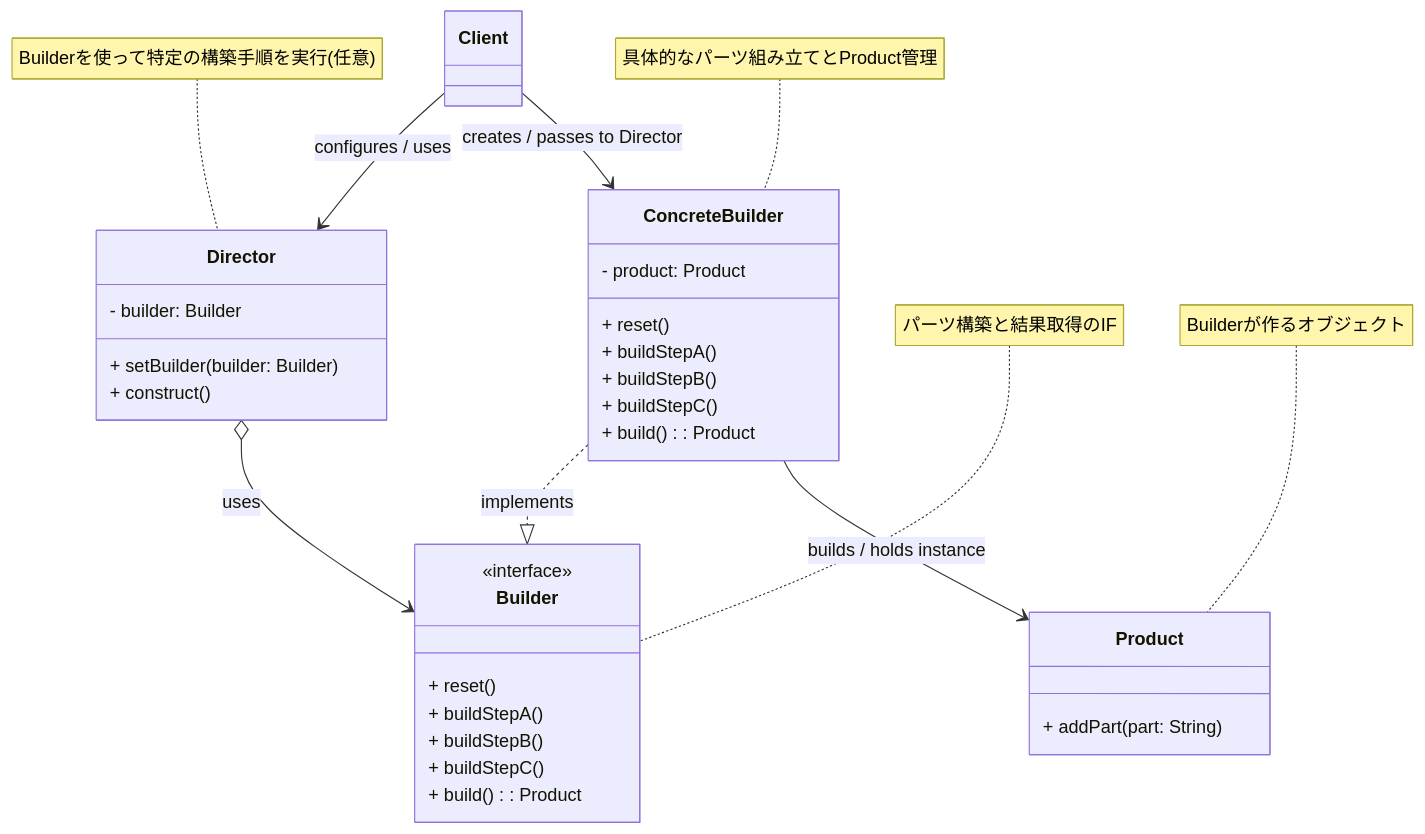
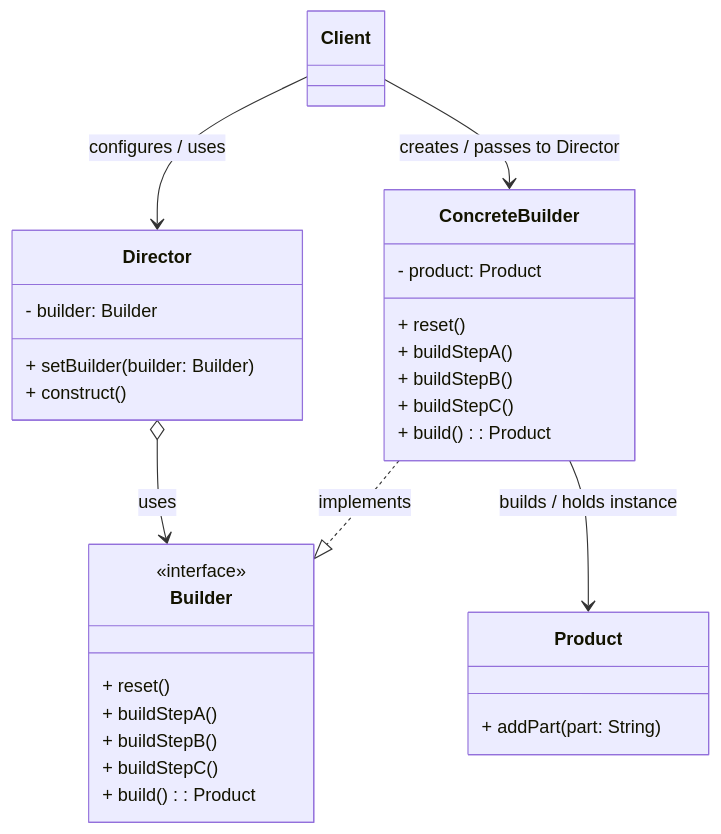
The diagram in ソフトウェア開発/デザインパターン/デザインパターン詳細解説：Builderパターン.md (IkuseTohki/EducationalMaterials), drawn with Mermaid before and after one commit. The commit also changed other lines of this file and 1 other file, not shown here.

````diff
--- a/ソフトウェア開発/デザインパターン/デザインパターン詳細解説：Builderパターン.md
+++ b/ソフトウェア開発/デザインパターン/デザインパターン詳細解説：Builderパターン.md
@@ -129,42 +129,41 @@
 ```mermaid
 classDiagram
     class Client
+    %% Builderを使って特定の構築手順を実行(任意)
     class Director {
         - builder: Builder
         + setBuilder(builder: Builder)
         %% Calls builder's build methods in a specific order
         + construct()
     }
+    %% パーツ構築と結果取得のIF
     class Builder {
         <<interface>>
         %% Optional: Reset the builder state
         + reset()
         + buildStepA()
         + buildStepB()
         + buildStepC()
         + build(): Product
     }
+    %% 具体的なパーツ組み立てとProduct管理
     class ConcreteBuilder {
         - product: Product
         + reset()
         + buildStepA()
         + buildStepB()
         + buildStepC()
         + build(): Product
     }
+    %% Builderが作るオブジェクト
     class Product {
         %% Complex object with multiple parts
         + addPart(part: String)
     }
 
     Client --> Director : configures / uses
     Client --> ConcreteBuilder : creates / passes to Director
     Director o--> Builder : uses
     ConcreteBuilder ..|> Builder : implements
     ConcreteBuilder --> Product : builds / holds instance
-
-    note for Builder "パーツ構築と結果取得のIF"
-    note for Product "Builderが作るオブジェクト"
-    note for ConcreteBuilder "具体的なパーツ組み立てとProduct管理"
-    note for Director "Builderを使って特定の構築手順を実行(任意)"
 ```
````
